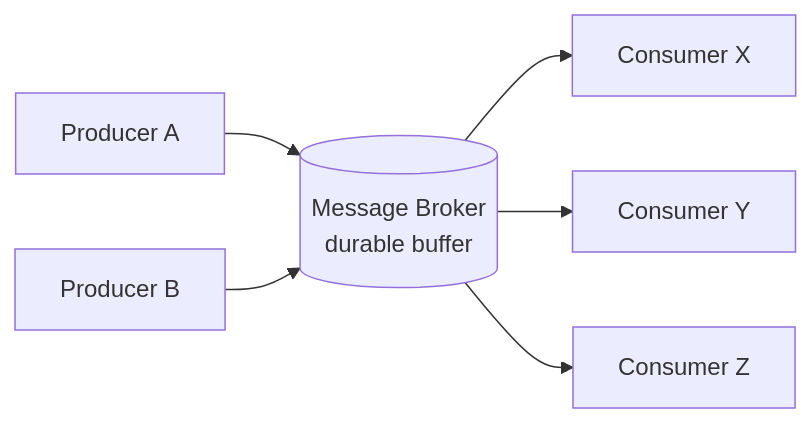
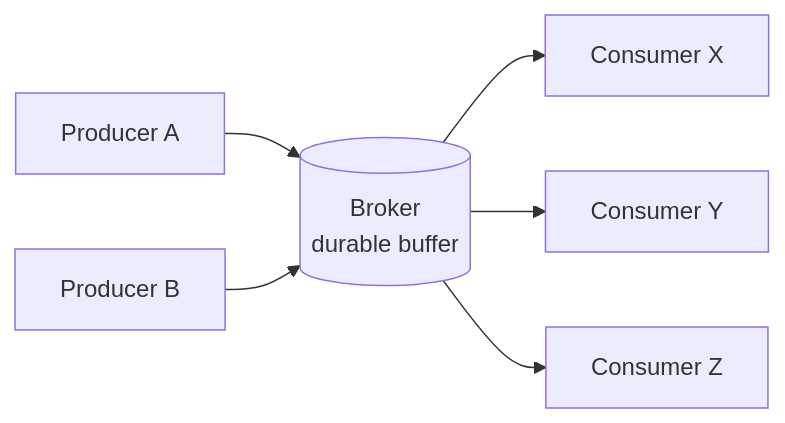
Before and after one commit to AndrewAltimit/Documentation: the first of 9 diagrams in github-pages/docs/event-driven/message-brokers.md, drawn with Mermaid. The commit also changed other lines of this file and 240 other files, not shown here.

````diff
--- a/github-pages/docs/event-driven/message-brokers.md
+++ b/github-pages/docs/event-driven/message-brokers.md
@@ -37,8 +40,8 @@
 ```mermaid
 flowchart LR
-    P1["Producer A"] --> B[("Message Broker<br/>durable buffer")]
+    P1["Producer A"] --> B[("Broker<br/>durable buffer")]
     P2["Producer B"] --> B
     B --> C1["Consumer X"]
     B --> C2["Consumer Y"]
     B --> C3["Consumer Z"]
 ```
````
